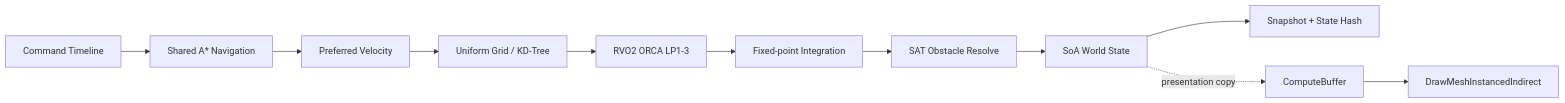
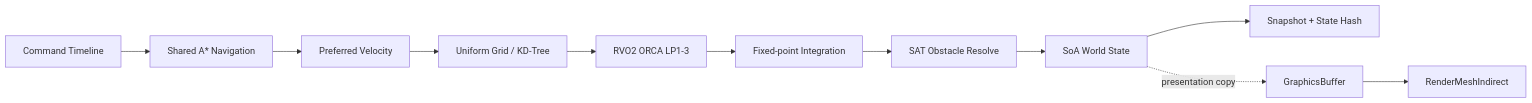
Before and after one commit to futuredo/swarm-ecs-sandbox: the diagram in Docs/ARCHITECTURE.md, drawn with Mermaid. The commit also changed other lines of this file and 12 other files, not shown here.

Commit message:
完善公开发布与后续路线图

````diff
--- a/Docs/ARCHITECTURE.md
+++ b/Docs/ARCHITECTURE.md
@@ -9,13 +9,13 @@
 ```mermaid
 flowchart LR
     A["Command Timeline"] --> B["Shared A* Navigation"]
     B --> C["Preferred Velocity"]
     C --> D["Uniform Grid / KD-Tree"]
     D --> E["RVO2 ORCA LP1-3"]
     E --> F["Fixed-point Integration"]
     F --> G["SAT Obstacle Resolve"]
     G --> H["SoA World State"]
     H --> I["Snapshot + State Hash"]
-    H -. "presentation copy" .-> J["ComputeBuffer"]
-    J --> K["DrawMeshInstancedIndirect"]
+    H -. "presentation copy" .-> J["GraphicsBuffer"]
+    J --> K["RenderMeshIndirect"]
 ```
````
